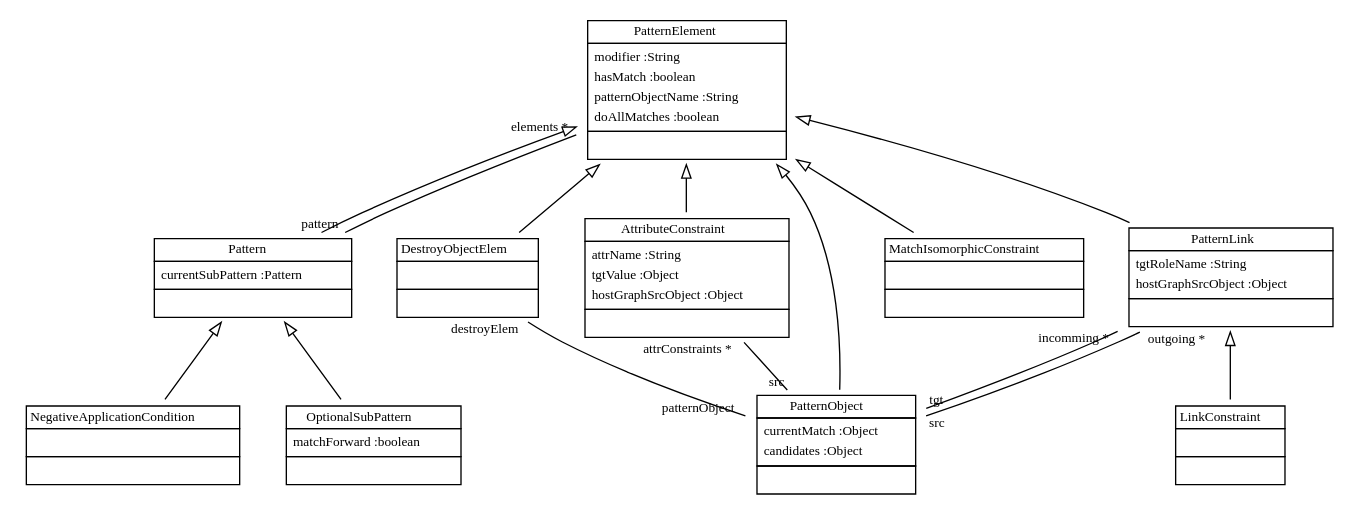
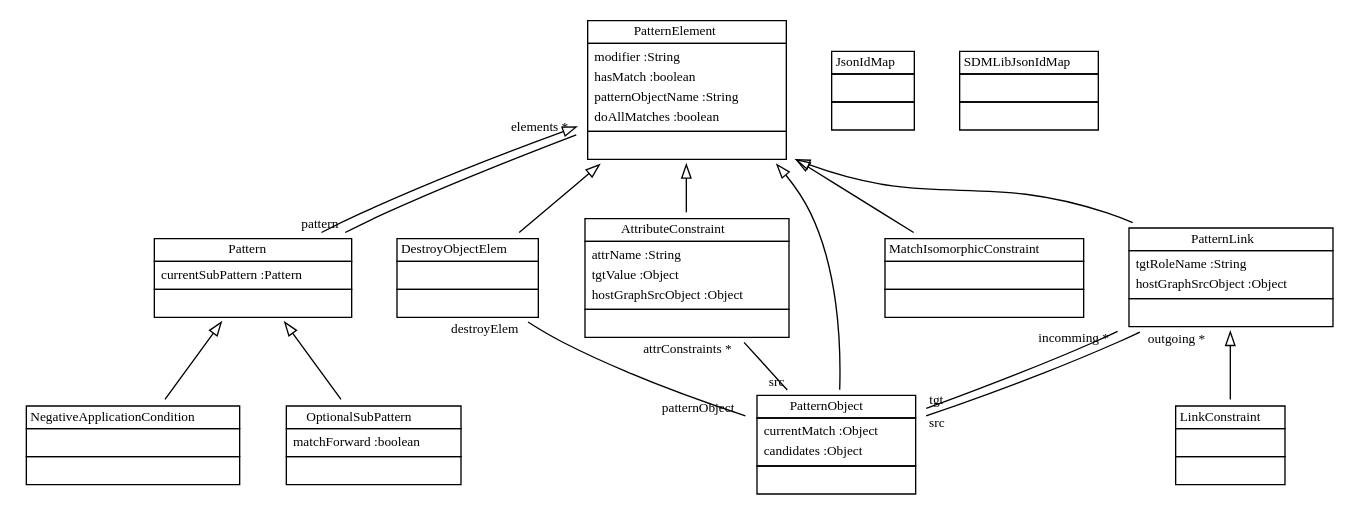
One commit to fujaba/SDMLib changed the diagram in doc/PatternModel01.dot. Above: the diagram before and after it, drawn with Graphviz. The commit also changed 41 other files, not shown here.

```diff
--- a/doc/PatternModel01.dot
+++ b/doc/PatternModel01.dot
@@ -1,34 +1,36 @@
 
  digraph ClassDiagram {
     node [shape = none, fontsize = 10]; 
     edge [fontsize = 10];
     
     
     _PatternElement [label=<<table border='0' cellborder='1' cellspacing='0'> <tr> <td>PatternElement</td> </tr> <tr><td><table border='0' cellborder='0' cellspacing='0'> <tr><td align='left'>modifier :String</td></tr> <tr><td align='left'>hasMatch :boolean</td></tr> <tr><td align='left'>patternObjectName :String</td></tr> <tr><td align='left'>doAllMatches :boolean</td></tr>  </table></td></tr> <tr><td><table border='0' cellborder='0' cellspacing='0'> <tr><td> </td></tr> </table></td></tr> </table>>];
     _Pattern [label=<<table border='0' cellborder='1' cellspacing='0'> <tr> <td>Pattern</td> </tr> <tr><td><table border='0' cellborder='0' cellspacing='0'> <tr><td align='left'>currentSubPattern :Pattern</td></tr>  </table></td></tr> <tr><td><table border='0' cellborder='0' cellspacing='0'> <tr><td> </td></tr> </table></td></tr> </table>>];
     _NegativeApplicationCondition [label=<<table border='0' cellborder='1' cellspacing='0'> <tr> <td>NegativeApplicationCondition</td> </tr> <tr><td><table border='0' cellborder='0' cellspacing='0'> <tr><td> </td></tr> </table></td></tr> <tr><td><table border='0' cellborder='0' cellspacing='0'> <tr><td> </td></tr> </table></td></tr> </table>>];
     _OptionalSubPattern [label=<<table border='0' cellborder='1' cellspacing='0'> <tr> <td>OptionalSubPattern</td> </tr> <tr><td><table border='0' cellborder='0' cellspacing='0'> <tr><td align='left'>matchForward :boolean</td></tr>  </table></td></tr> <tr><td><table border='0' cellborder='0' cellspacing='0'> <tr><td> </td></tr> </table></td></tr> </table>>];
     _PatternObject [label=<<table border='0' cellborder='1' cellspacing='0'> <tr> <td>PatternObject</td> </tr> <tr><td><table border='0' cellborder='0' cellspacing='0'> <tr><td align='left'>currentMatch :Object</td></tr> <tr><td align='left'>candidates :Object</td></tr>  </table></td></tr> <tr><td><table border='0' cellborder='0' cellspacing='0'> <tr><td> </td></tr> </table></td></tr> </table>>];
     _PatternLink [label=<<table border='0' cellborder='1' cellspacing='0'> <tr> <td>PatternLink</td> </tr> <tr><td><table border='0' cellborder='0' cellspacing='0'> <tr><td align='left'>tgtRoleName :String</td></tr> <tr><td align='left'>hostGraphSrcObject :Object</td></tr>  </table></td></tr> <tr><td><table border='0' cellborder='0' cellspacing='0'> <tr><td> </td></tr> </table></td></tr> </table>>];
     _AttributeConstraint [label=<<table border='0' cellborder='1' cellspacing='0'> <tr> <td>AttributeConstraint</td> </tr> <tr><td><table border='0' cellborder='0' cellspacing='0'> <tr><td align='left'>attrName :String</td></tr> <tr><td align='left'>tgtValue :Object</td></tr> <tr><td align='left'>hostGraphSrcObject :Object</td></tr>  </table></td></tr> <tr><td><table border='0' cellborder='0' cellspacing='0'> <tr><td> </td></tr> </table></td></tr> </table>>];
     _LinkConstraint [label=<<table border='0' cellborder='1' cellspacing='0'> <tr> <td>LinkConstraint</td> </tr> <tr><td><table border='0' cellborder='0' cellspacing='0'> <tr><td> </td></tr> </table></td></tr> <tr><td><table border='0' cellborder='0' cellspacing='0'> <tr><td> </td></tr> </table></td></tr> </table>>];
     _MatchIsomorphicConstraint [label=<<table border='0' cellborder='1' cellspacing='0'> <tr> <td>MatchIsomorphicConstraint</td> </tr> <tr><td><table border='0' cellborder='0' cellspacing='0'> <tr><td> </td></tr> </table></td></tr> <tr><td><table border='0' cellborder='0' cellspacing='0'> <tr><td> </td></tr> </table></td></tr> </table>>];
     _DestroyObjectElem [label=<<table border='0' cellborder='1' cellspacing='0'> <tr> <td>DestroyObjectElem</td> </tr> <tr><td><table border='0' cellborder='0' cellspacing='0'> <tr><td> </td></tr> </table></td></tr> <tr><td><table border='0' cellborder='0' cellspacing='0'> <tr><td> </td></tr> </table></td></tr> </table>>];
+    _JsonIdMap [label=<<table border='0' cellborder='1' cellspacing='0'> <tr> <td>JsonIdMap</td> </tr> <tr><td><table border='0' cellborder='0' cellspacing='0'> <tr><td> </td></tr> </table></td></tr> <tr><td><table border='0' cellborder='0' cellspacing='0'> <tr><td> </td></tr> </table></td></tr> </table>>];
+    _SDMLibJsonIdMap [label=<<table border='0' cellborder='1' cellspacing='0'> <tr> <td>SDMLibJsonIdMap</td> </tr> <tr><td><table border='0' cellborder='0' cellspacing='0'> <tr><td> </td></tr> </table></td></tr> <tr><td><table border='0' cellborder='0' cellspacing='0'> <tr><td> </td></tr> </table></td></tr> </table>>];
     
     
     
     _PatternElement ->  _Pattern [dir = "back" arrowtail = "empty"];
     _Pattern ->  _NegativeApplicationCondition [dir = "back" arrowtail = "empty"];
     _Pattern ->  _OptionalSubPattern [dir = "back" arrowtail = "empty"];
     _PatternElement ->  _PatternObject [dir = "back" arrowtail = "empty"];
     _PatternElement ->  _PatternLink [dir = "back" arrowtail = "empty"];
     _PatternElement ->  _AttributeConstraint [dir = "back" arrowtail = "empty"];
     _PatternLink ->  _LinkConstraint [dir = "back" arrowtail = "empty"];
     _PatternElement ->  _MatchIsomorphicConstraint [dir = "back" arrowtail = "empty"];
     _PatternElement ->  _DestroyObjectElem [dir = "back" arrowtail = "empty"];
     _Pattern -> _PatternElement [headlabel = "elements *" taillabel = "pattern" arrowhead = "none" ];
     _PatternLink -> _PatternObject [headlabel = "tgt" taillabel = "incomming *" arrowhead = "none" ];
     _PatternLink -> _PatternObject [headlabel = "src" taillabel = "outgoing *" arrowhead = "none" ];
     _AttributeConstraint -> _PatternObject [headlabel = "src" taillabel = "attrConstraints *" arrowhead = "none" ];
     _DestroyObjectElem -> _PatternObject [headlabel = "patternObject" taillabel = "destroyElem" arrowhead = "none" ];
 }
```
